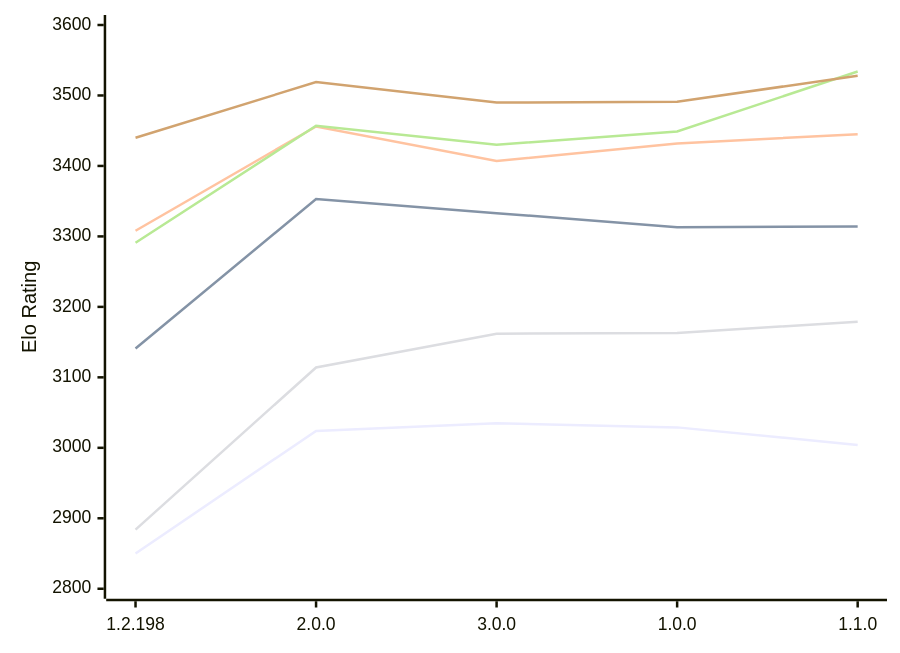
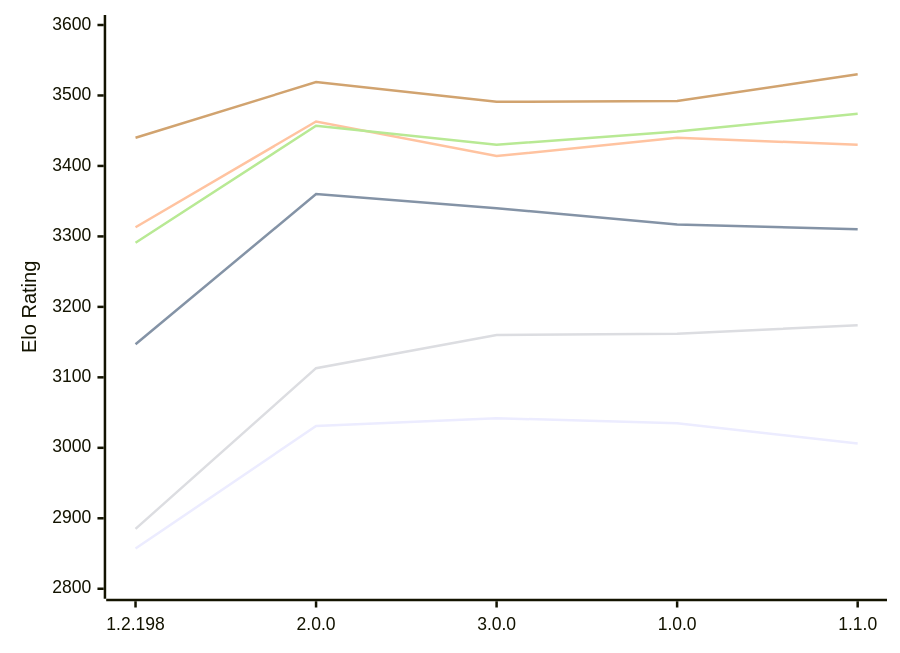
The diagram in engines/Trebuchet.md (computer-chess-index/cci), drawn with Mermaid before and after one commit. The commit also changed other lines of this file, not shown here.

Commit message:
Update CCI Ratings (ELO VLTC) - 2026-11-10

````diff
--- a/engines/Trebuchet.md
+++ b/engines/Trebuchet.md
@@ -55,12 +55,12 @@
 ```mermaid
 %%{init: {"theme":"base","themeVariables":{"seriesColors:['#a3a3a3','#222221','#faa371']}}}%%
 xychart-beta
   x-axis ["1.2.198", "2.0.0", "3.0.0", "1.0.0", "1.1.0"]
   y-axis "Elo Rating" 2800 --> 3600
-  line "E1: STC (8.0+0.08s)" [2850, 3024, 3035, 3029, 3004]
-  line "E1: LTC (60.0+0.60s)" [3141, 3353, 3333, 3313, 3314]
-  line "E1: VLTC (2m24s+1.12s)" [3308, 3456, 3407, 3432, 3445]
-  line "P1: STC (8.0+0.08s)" [2884, 3114, 3162, 3163, 3179]
-  line "P1: LTC (60.0+0.60s)" [3291, 3457, 3430, 3449, 3534]
-  line "P1: VLTC (2m24s+1.12s)" [3440, 3519, 3490, 3491, 3528]
+  line "E1: STC (8.0+0.08s)" [2857, 3031, 3042, 3035, 3006]
+  line "E1: LTC (60.0+0.60s)" [3147, 3360, 3340, 3317, 3310]
+  line "E1: VLTC (2m24s+1.12s)" [3313, 3463, 3414, 3440, 3430]
+  line "P1: STC (8.0+0.08s)" [2885, 3113, 3160, 3162, 3174]
+  line "P1: LTC (60.0+0.60s)" [3291, 3457, 3430, 3449, 3474]
+  line "P1: VLTC (2m24s+1.12s)" [3440, 3519, 3491, 3492, 3530]
 ```
````
